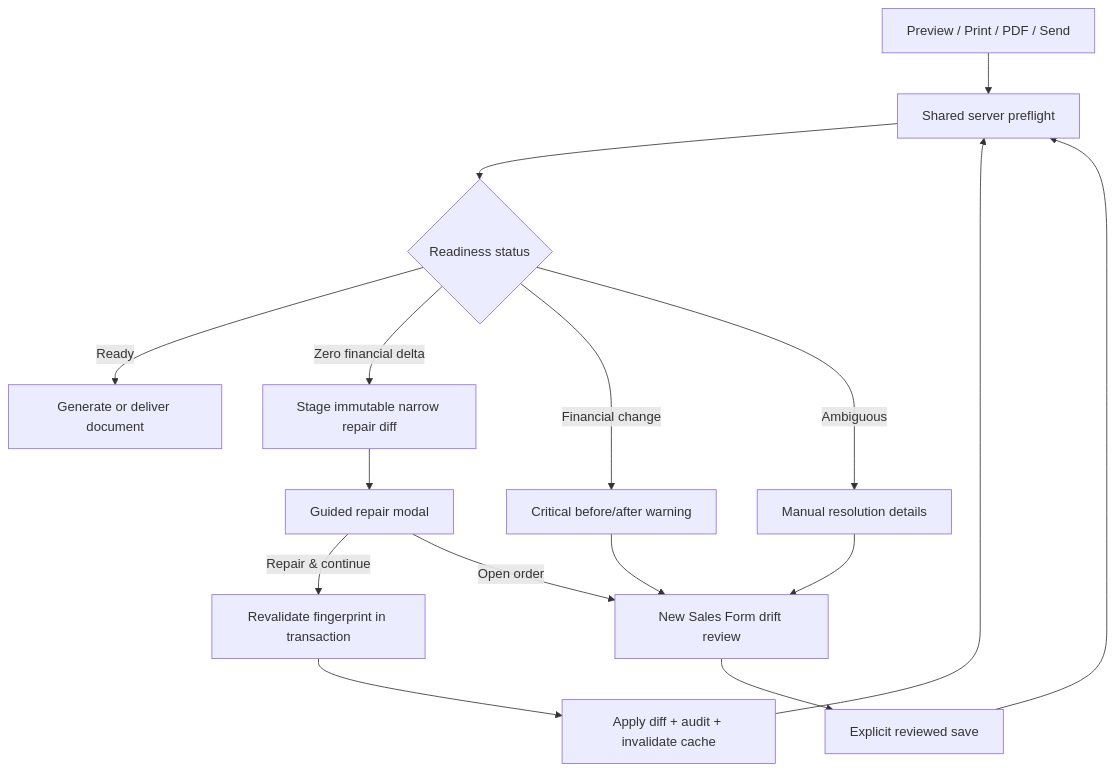
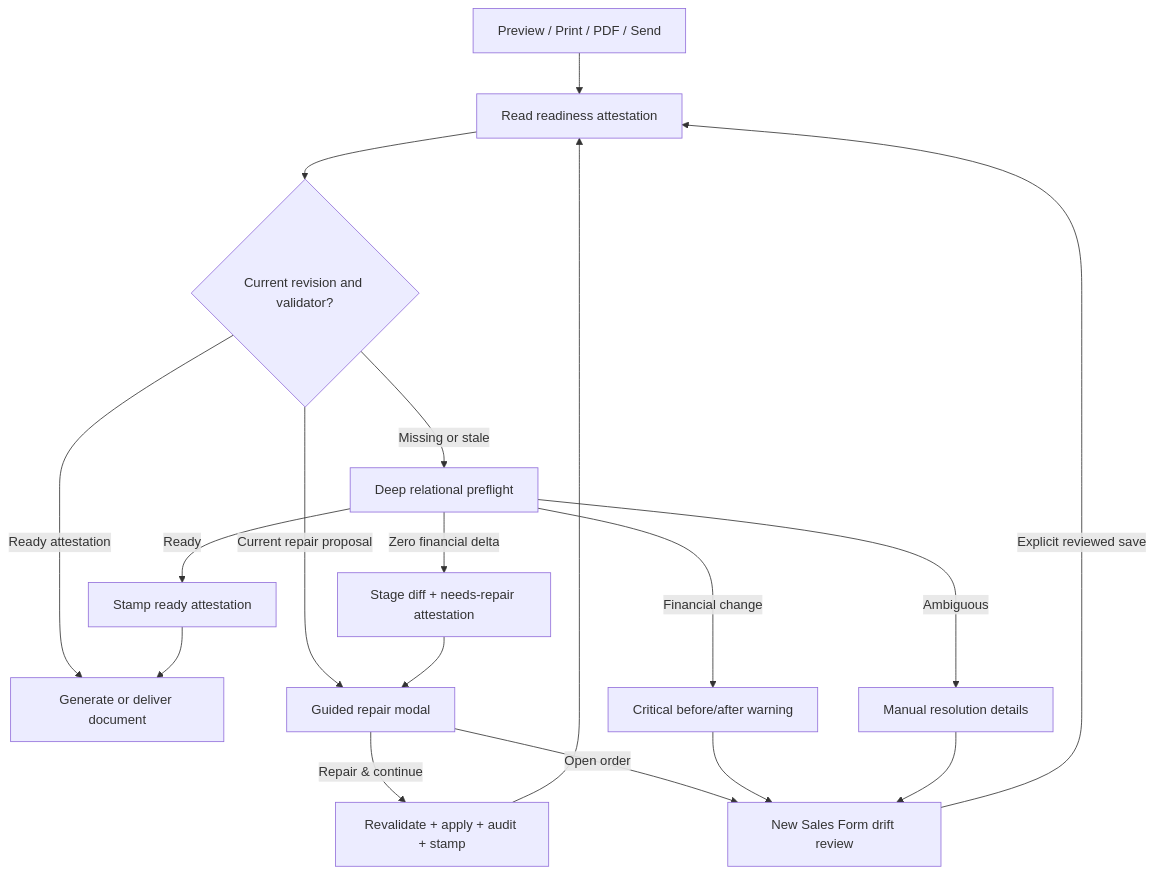
The diagram in .brain/plans/2026-09-01-feature-sales-document-preflight-and-guided-repair.md (ishaqyusuf/mdd-ssfy), drawn with Mermaid before and after one commit. The commit also changed other lines of this file and 2 other files, not shown here.

````diff
--- a/.brain/plans/2026-09-01-feature-sales-document-preflight-and-guided-repair.md
+++ b/.brain/plans/2026-09-01-feature-sales-document-preflight-and-guided-repair.md
@@ -83,18 +100,20 @@
 ```mermaid
 flowchart TD
-  A["Preview / Print / PDF / Send"] --> B["Shared server preflight"]
-  B --> C{"Readiness status"}
-  C -->|Ready| D["Generate or deliver document"]
-  C -->|Zero financial delta| E["Stage immutable narrow repair diff"]
+  A["Preview / Print / PDF / Send"] --> B["Read readiness attestation"]
+  B --> C{"Current revision and validator?"}
+  C -->|Ready attestation| D["Generate or deliver document"]
+  C -->|Current repair proposal| F["Guided repair modal"]
+  C -->|Missing or stale| P["Deep relational preflight"]
+  P -->|Ready| Q["Stamp ready attestation"]
+  Q --> D
+  P -->|Zero financial delta| E["Stage diff + needs-repair attestation"]
   E --> F["Guided repair modal"]
-  F -->|Repair & continue| G["Revalidate fingerprint in transaction"]
-  G --> H["Apply diff + audit + invalidate cache"]
+  F -->|Repair & continue| H["Revalidate + apply + audit + stamp"]
   H --> B
   F -->|Open order| I["New Sales Form drift review"]
-  C -->|Financial change| J["Critical before/after warning"]
+  P -->|Financial change| J["Critical before/after warning"]
   J --> I
-  C -->|Ambiguous| K["Manual resolution details"]
+  P -->|Ambiguous| K["Manual resolution details"]
   K --> I
-  I --> L["Explicit reviewed save"]
-  L --> B
+  I -->|Explicit reviewed save| B
 ```
````
